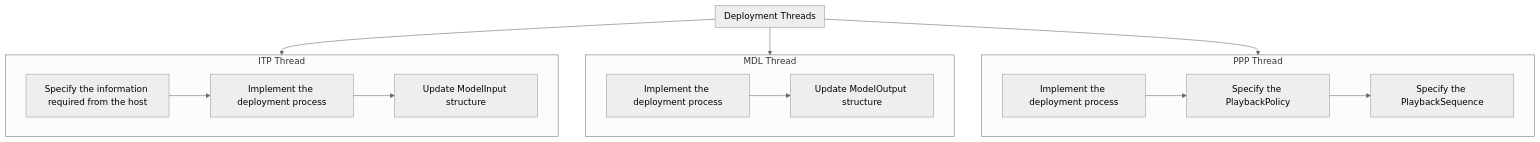
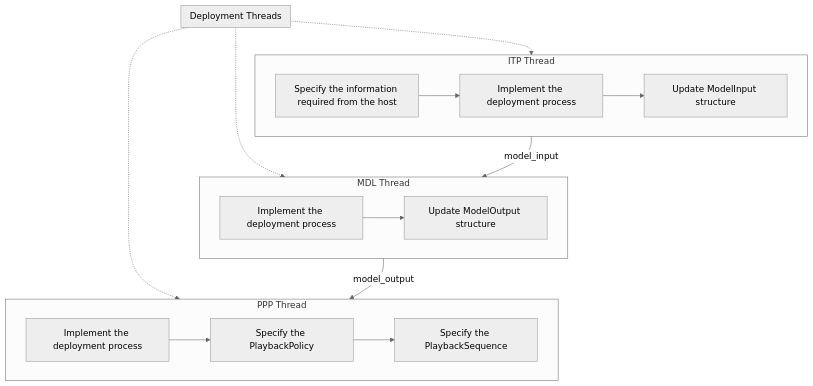
The diagram in docs/DeploymentThreads/DeploymentThreads.md (neuralmidifx/neuralmidifx.github.io), drawn with Mermaid (neutral theme) before and after one commit. The commit also changed other lines of this file, not shown here.

Commit message:
Deployment Threads description

````diff
--- a/docs/DeploymentThreads/DeploymentThreads.md
+++ b/docs/DeploymentThreads/DeploymentThreads.md
@@ -16,30 +21,33 @@
 ```mermaid
 graph TD
     
     
     %% ITP Thread
     subgraph ITPThread["ITP Thread"]
         C1[Specify the information required from the host] --> C2[Implement the deployment process]
         C2 --> C3[Update ModelInput structure]
     end
     
     %% MDL Thread
     subgraph MDLThread["MDL Thread"]
         D1[Implement the deployment process] --> D2[Update ModelOutput structure]
     end
     
     %% PPP Thread
     subgraph PPPThread["PPP Thread"]
         E1[Implement the deployment process] --> E2[Specify the PlaybackPolicy]
         E2 --> E3[Specify the PlaybackSequence]
     end
     
     %% DeploymentThreads 
     subgraph DeploymentThreads["Deployment Threads"]
     end
     
     %% Vertical Placement of Groups
-    DeploymentThreads --> ITPThread
-    DeploymentThreads --> MDLThread
-    DeploymentThreads --> PPPThread
+    DeploymentThreads -.-> ITPThread
+    DeploymentThreads -.-> MDLThread
+    DeploymentThreads -.-> PPPThread
+    
+    ITPThread -->|model_input| MDLThread
+    MDLThread -->|model_output| PPPThread
 ```
````
